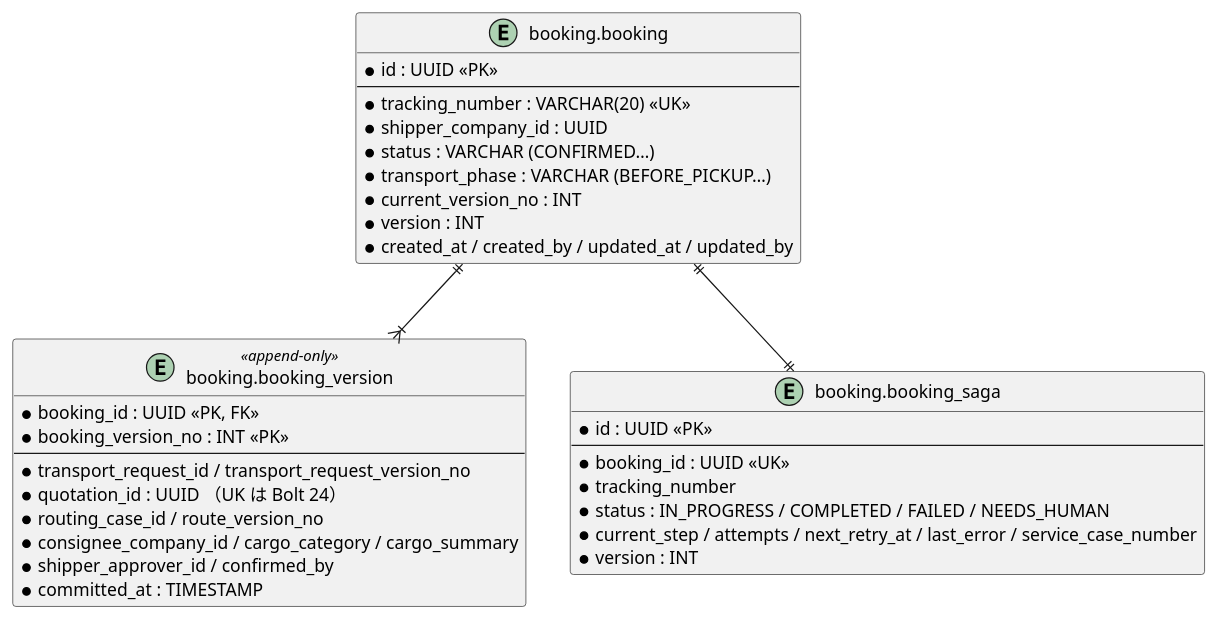
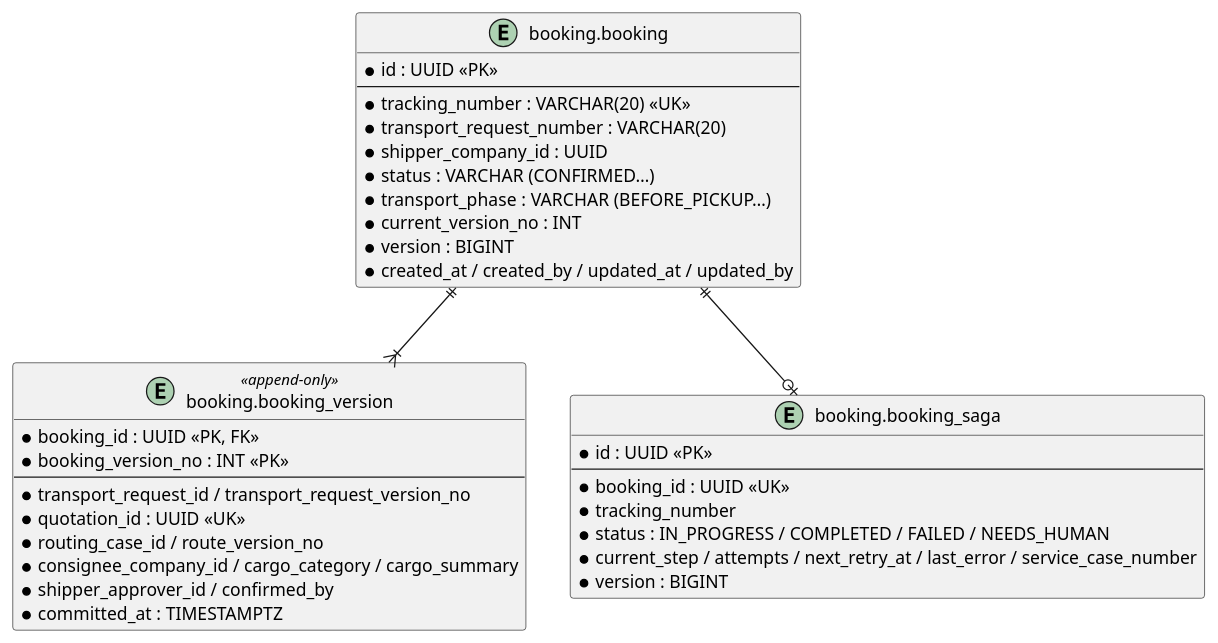
The fifth of 5 diagrams in docs/development/cargo-tracker/bolt_23_plan.md (k2works/practical-domain-driven-design-in-enterpris-application), drawn with PlantUML before and after one commit. The commit also changed other lines of this file and 2 other files, not shown here.

First line of the commit message:
docs: Bolt 23 計画に開始準備の整合性検証の指摘を反映し、画面を Bolt 23b に分ける（承認待ち）

````diff
--- a/docs/development/cargo-tracker/bolt_23_plan.md
+++ b/docs/development/cargo-tracker/bolt_23_plan.md
@@ -175,37 +183,38 @@
 ```plantuml
 @startuml
 entity "booking.booking" as b {
   * id : UUID <<PK>>
   --
   * tracking_number : VARCHAR(20) <<UK>>
+  * transport_request_number : VARCHAR(20)
   * shipper_company_id : UUID
   * status : VARCHAR (CONFIRMED…)
   * transport_phase : VARCHAR (BEFORE_PICKUP…)
   * current_version_no : INT
-  * version : INT
+  * version : BIGINT
   * created_at / created_by / updated_at / updated_by
 }
 entity "booking.booking_version" as bv <<append-only>> {
   * booking_id : UUID <<PK, FK>>
   * booking_version_no : INT <<PK>>
   --
   * transport_request_id / transport_request_version_no
-  * quotation_id : UUID （UK は Bolt 24）
+  * quotation_id : UUID <<UK>>
   * routing_case_id / route_version_no
   * consignee_company_id / cargo_category / cargo_summary
   * shipper_approver_id / confirmed_by
-  * committed_at : TIMESTAMP
+  * committed_at : TIMESTAMPTZ
 }
 entity "booking.booking_saga" as s {
   * id : UUID <<PK>>
   --
   * booking_id : UUID <<UK>>
   * tracking_number
   * status : IN_PROGRESS / COMPLETED / FAILED / NEEDS_HUMAN
   * current_step / attempts / next_retry_at / last_error / service_case_number
-  * version : INT
+  * version : BIGINT
 }
 b ||--|{ bv
-b ||--|| s
+b ||--o| s
 @enduml
 ```
````
